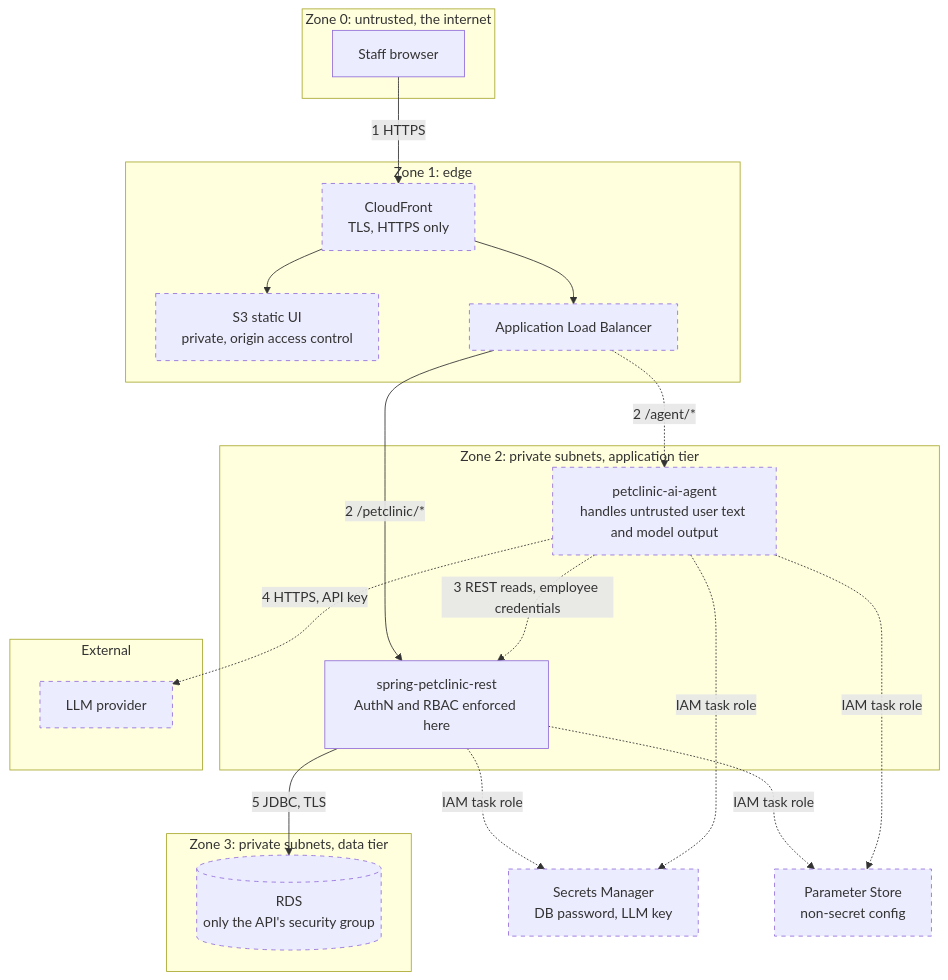
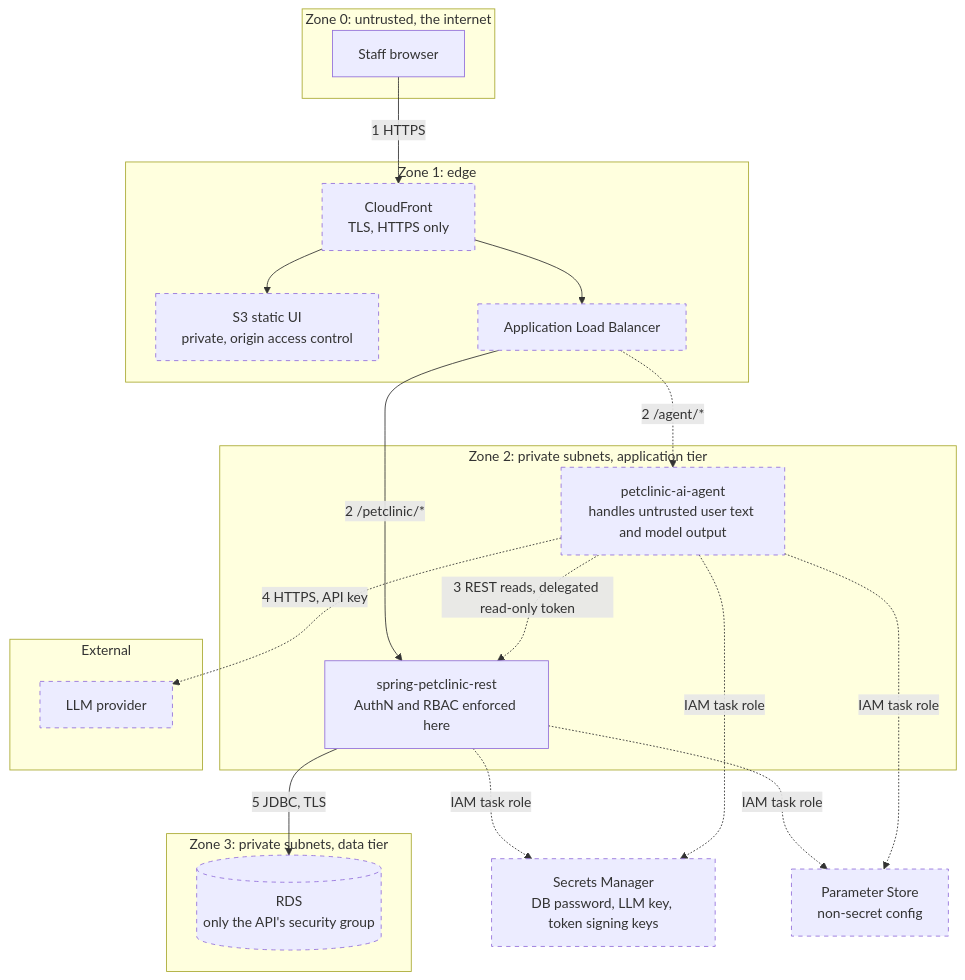
One commit to vinceo8691-prog/petclinic-ai-platform changed the first of 2 diagrams in docs/architecture/uml/04-security.md. Above: the diagram before and after it, drawn with Mermaid. The commit also changed other lines of this file and 15 other files, not shown here.

````diff
--- a/docs/architecture/uml/04-security.md
+++ b/docs/architecture/uml/04-security.md
@@ -7,44 +7,44 @@
 ```mermaid
 flowchart TB
     subgraph zone0["Zone 0: untrusted, the internet"]
         browser["Staff browser"]
     end
 
     subgraph zone1["Zone 1: edge"]
         cf["CloudFront<br/>TLS, HTTPS only"]
         s3["S3 static UI<br/>private, origin access control"]
         alb["Application Load Balancer"]
     end
 
     subgraph zone2["Zone 2: private subnets, application tier"]
         api["spring-petclinic-rest<br/>AuthN and RBAC enforced here"]
         agent["petclinic-ai-agent<br/>handles untrusted user text and model output"]
     end
 
     subgraph zone3["Zone 3: private subnets, data tier"]
         rds[("RDS<br/>only the API's security group")]
     end
 
     subgraph external["External"]
         llm["LLM provider"]
     end
 
-    sm["Secrets Manager<br/>DB password, LLM key"]
+    sm["Secrets Manager<br/>DB password, LLM key, token signing keys"]
     ps["Parameter Store<br/>non-secret config"]
 
     browser -->|"1 HTTPS"| cf
     cf --> s3
     cf --> alb
     alb -->|"2 /petclinic/*"| api
     alb -.->|"2 /agent/*"| agent
-    agent -.->|"3 REST reads, employee credentials"| api
+    agent -.->|"3 REST reads, delegated read-only token"| api
     agent -.->|"4 HTTPS, API key"| llm
     api -->|"5 JDBC, TLS"| rds
     api -.->|"IAM task role"| sm
     api -.->|"IAM task role"| ps
     agent -.->|"IAM task role"| sm
     agent -.->|"IAM task role"| ps
 
     classDef target stroke-dasharray: 5 5
     class agent,llm,sm,ps,cf,s3,alb,rds target
 ```
````
